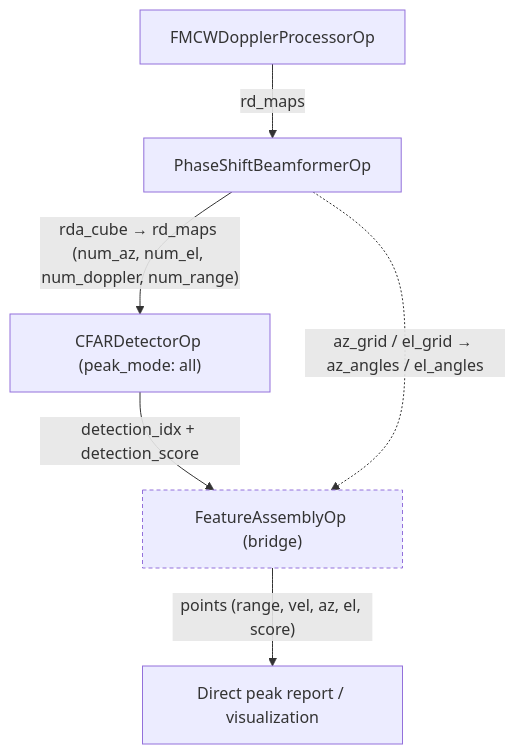
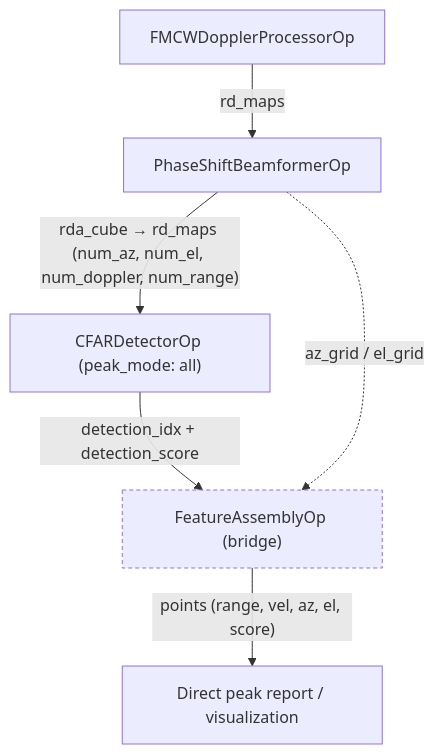
The third of 9 diagrams in docs/planning/WORKFLOWS.md (nvidia-holoscan/holoscan-radar), drawn with Mermaid before and after one commit. The commit also changed other lines of this file and 89 other files, not shown here.

````diff
--- a/docs/planning/WORKFLOWS.md
+++ b/docs/planning/WORKFLOWS.md
@@ -149,10 +149,10 @@
 ```mermaid
 flowchart TD
   classDef opt stroke-dasharray:4 3
   DOPP["FMCWDopplerProcessorOp"] -->|"rd_maps"| BEAM["PhaseShiftBeamformerOp"]
   BEAM -->|"rda_cube → rd_maps (num_az, num_el, num_doppler, num_range)"| CFAR["CFARDetectorOp (peak_mode: all)"]
   CFAR -->|"detection_idx + detection_score"| FEAT["FeatureAssemblyOp (bridge)"]
-  BEAM -.->|"az_grid / el_grid → az_angles / el_angles"| FEAT
+  BEAM -.->|"az_grid / el_grid"| FEAT
   FEAT -->|"points (range, vel, az, el, score)"| REPORT["Direct peak report / visualization"]
   class FEAT opt
 ```
````
